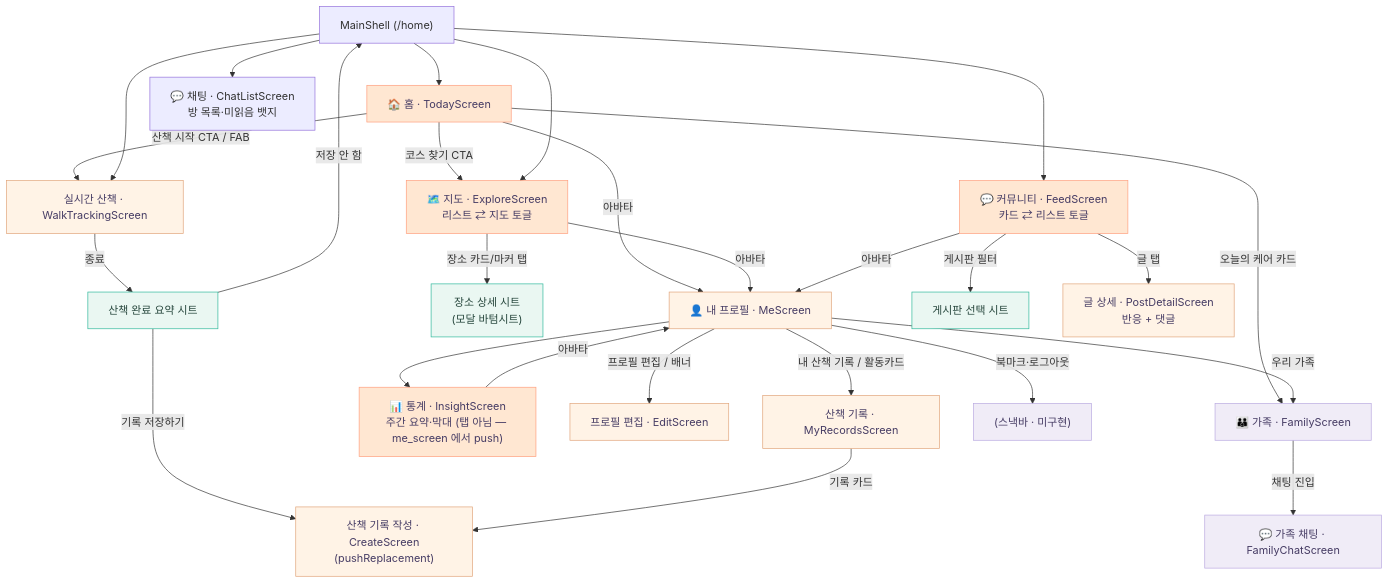
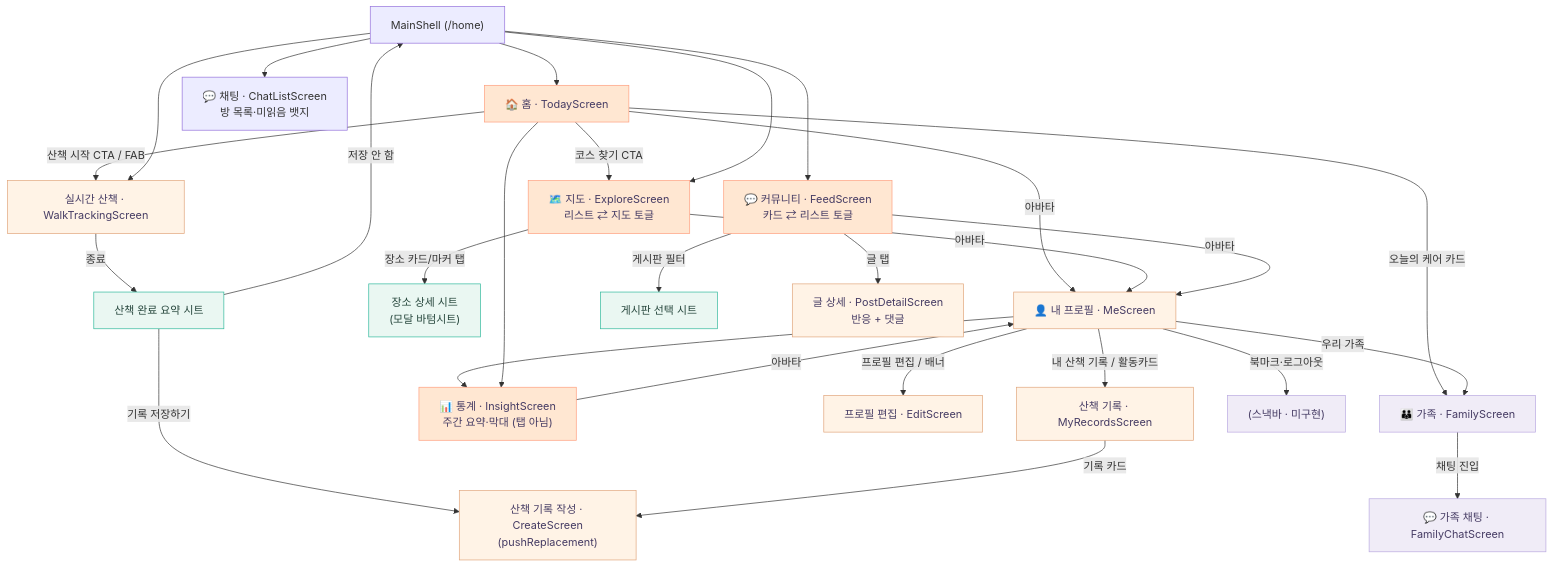
One commit to sanghyunbang/pawloop changed the second of 8 diagrams in docs/01-design/information-architecture.md. Above: the diagram before and after it, drawn with Mermaid. The commit also changed other lines of this file and 10 other files, not shown here.

````diff
--- a/docs/01-design/information-architecture.md
+++ b/docs/01-design/information-architecture.md
@@ -59,51 +59,52 @@
 ```mermaid
 graph TD
     Shell["MainShell (/home)"]
 
     %% 홈
     Shell --> Home["🏠 홈 · TodayScreen"]
     Home -->|산책 시작 CTA / FAB| WalkT["실시간 산책 · WalkTrackingScreen"]
     Home -->|코스 찾기 CTA| Map
     Home -->|아바타| Me
     Home -->|오늘의 케어 카드| Family
 
     %% 지도
     Shell --> Map["🗺️ 지도 · ExploreScreen<br/>리스트 ⇄ 지도 토글"]
     Map -->|장소 카드/마커 탭| PlaceSheet["장소 상세 시트<br/>(모달 바텀시트)"]
     Map -->|아바타| Me
 
     %% 산책 기록 FAB
     Shell --> WalkT
     WalkT -->|종료| FinishSheet["산책 완료 요약 시트"]
     FinishSheet -->|기록 저장하기| Create["산책 기록 작성 · CreateScreen<br/>(pushReplacement)"]
     FinishSheet -->|저장 안 함| Shell
 
     %% 커뮤니티
     Shell --> Feed["💬 커뮤니티 · FeedScreen<br/>카드 ⇄ 리스트 토글"]
     Feed -->|게시판 필터| BoardSheet["게시판 선택 시트"]
     Feed -->|글 탭| PostDetail["글 상세 · PostDetailScreen<br/>반응 + 댓글"]
     Feed -->|아바타| Me
 
     %% 통계
     Shell --> Chat["💬 채팅 · ChatListScreen<br/>방 목록·미읽음 뱃지"]
-    Me --> Insight["📊 통계 · InsightScreen<br/>주간 요약·막대 (탭 아님 — me_screen 에서 push)"]
+    Me --> Insight["📊 통계 · InsightScreen<br/>주간 요약·막대 (탭 아님)"]
+    Home --> Insight
     Insight -->|아바타| Me
 
     %% 프로필(글로벌)
     Me["👤 내 프로필 · MeScreen"]
     Me -->|프로필 편집 / 배너| Edit["프로필 편집 · EditScreen"]
     Me -->|내 산책 기록 / 활동카드| Records["산책 기록 · MyRecordsScreen"]
     Records -->|기록 카드| Create
     Me -->|북마크·로그아웃| Snack["(스낵바 · 미구현)"]
     Me -->|우리 가족| Family["👪 가족 · FamilyScreen"]
     Family -->|채팅 진입| FamChat["💬 가족 채팅 · FamilyChatScreen"]
 
     classDef tab fill:#FFE7D2,stroke:#FF9E7D,color:#463C64;
     classDef push fill:#FFF3E6,stroke:#E0A47A,color:#463C64;
     classDef sheet fill:#EAF7F2,stroke:#2FB89B,color:#26463C;
     classDef stub fill:#F0ECF7,stroke:#B9A9E0,color:#463C64;
     class Home,Map,Feed,Insight tab;
     class WalkT,Create,PostDetail,Me,Edit,Records push;
     class PlaceSheet,FinishSheet,BoardSheet sheet;
     class Snack,Stub,Family,FamChat stub;
 ```
````
